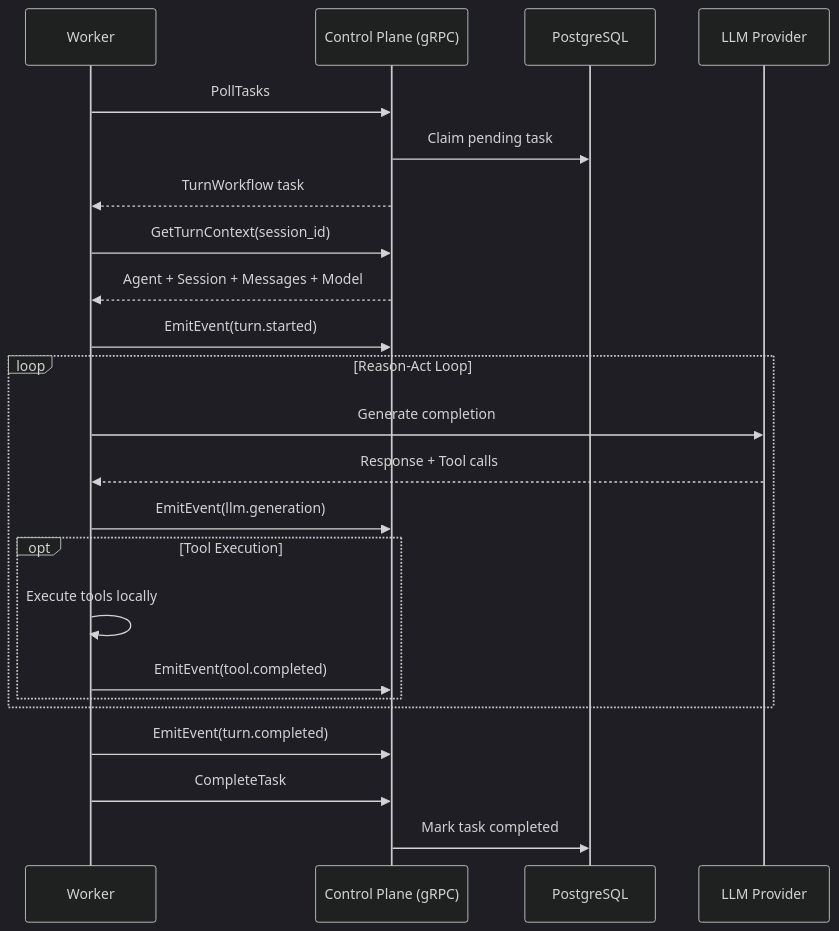
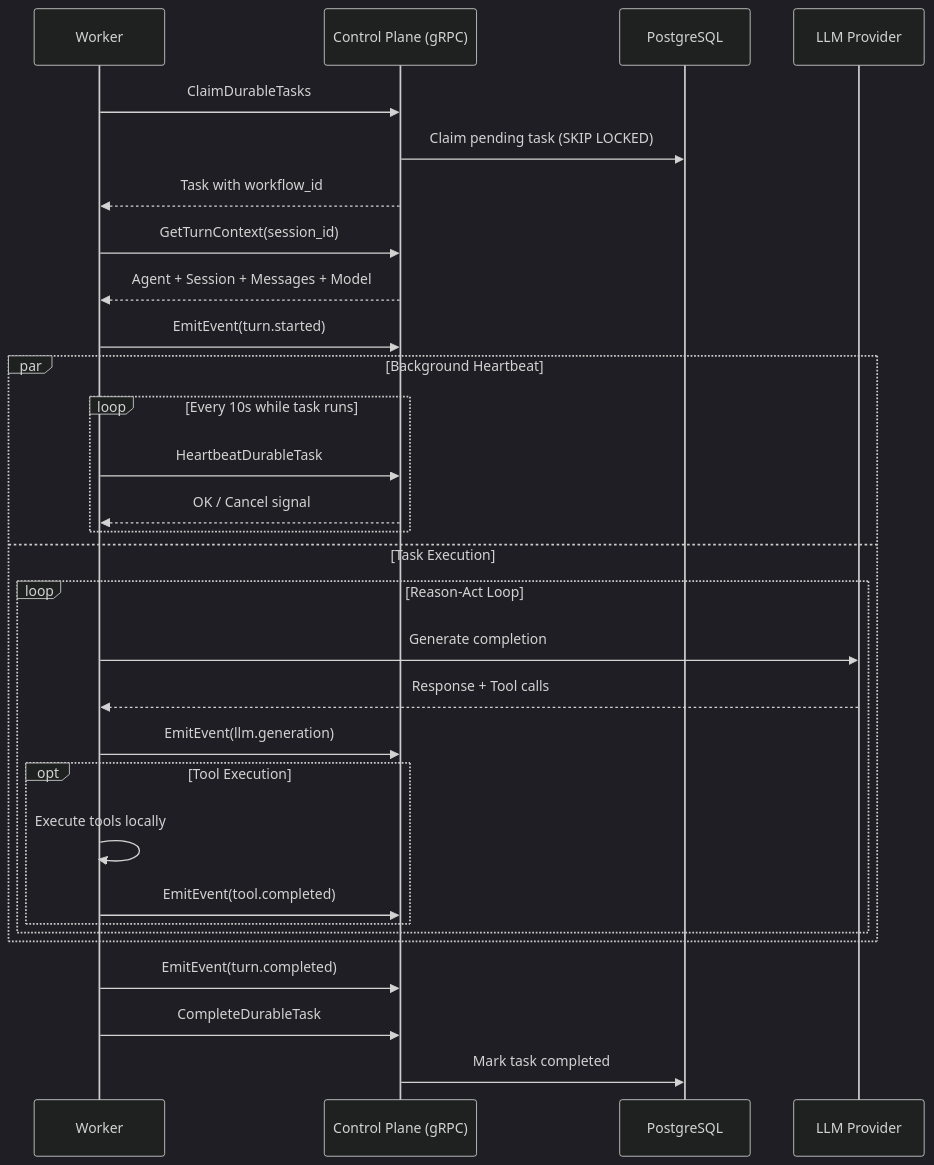
Before and after one commit to everruns/everruns: the third of 3 diagrams in specs/architecture.md, drawn with Mermaid (dark theme). The commit also changed other lines of this file, not shown here.

First paragraph of the commit message:
docs(specs): fix architecture spec to reflect gRPC-only worker communication (#175)
## Summary

````diff
--- a/specs/architecture.md
+++ b/specs/architecture.md
@@ -121,29 +132,36 @@
 ```mermaid
 sequenceDiagram
     participant W as Worker
     participant CP as Control Plane (gRPC)
     participant DB as PostgreSQL
     participant LLM as LLM Provider
 
-    W->>CP: PollTasks
-    CP->>DB: Claim pending task
-    CP-->>W: TurnWorkflow task
+    W->>CP: ClaimDurableTasks
+    CP->>DB: Claim pending task (SKIP LOCKED)
+    CP-->>W: Task with workflow_id
     W->>CP: GetTurnContext(session_id)
     CP-->>W: Agent + Session + Messages + Model
     W->>CP: EmitEvent(turn.started)
 
-    loop Reason-Act Loop
-        W->>LLM: Generate completion
-        LLM-->>W: Response + Tool calls
-        W->>CP: EmitEvent(llm.generation)
+    par Background Heartbeat
+        loop Every 10s while task runs
+            W->>CP: HeartbeatDurableTask
+            CP-->>W: OK / Cancel signal
+        end
+    and Task Execution
+        loop Reason-Act Loop
+            W->>LLM: Generate completion
+            LLM-->>W: Response + Tool calls
+            W->>CP: EmitEvent(llm.generation)
 
-        opt Tool Execution
-            W->>W: Execute tools locally
-            W->>CP: EmitEvent(tool.completed)
+            opt Tool Execution
+                W->>W: Execute tools locally
+                W->>CP: EmitEvent(tool.completed)
+            end
         end
     end
 
     W->>CP: EmitEvent(turn.completed)
-    W->>CP: CompleteTask
+    W->>CP: CompleteDurableTask
     CP->>DB: Mark task completed
 ```
````
